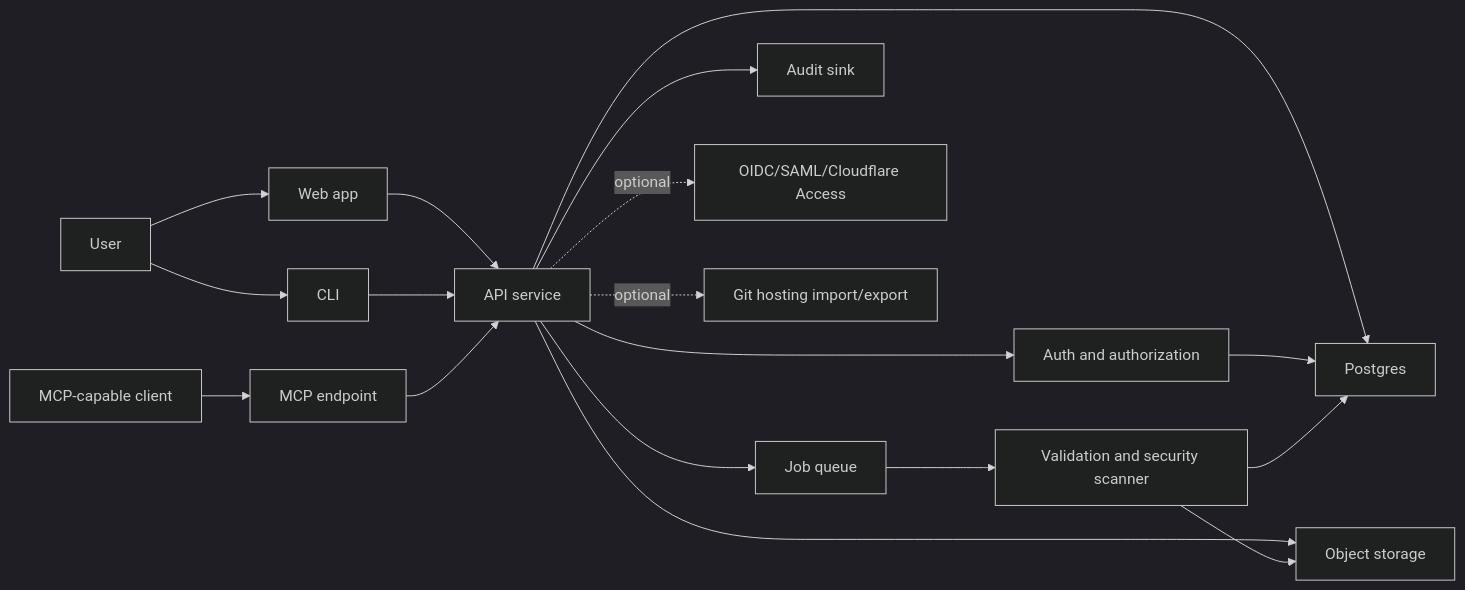
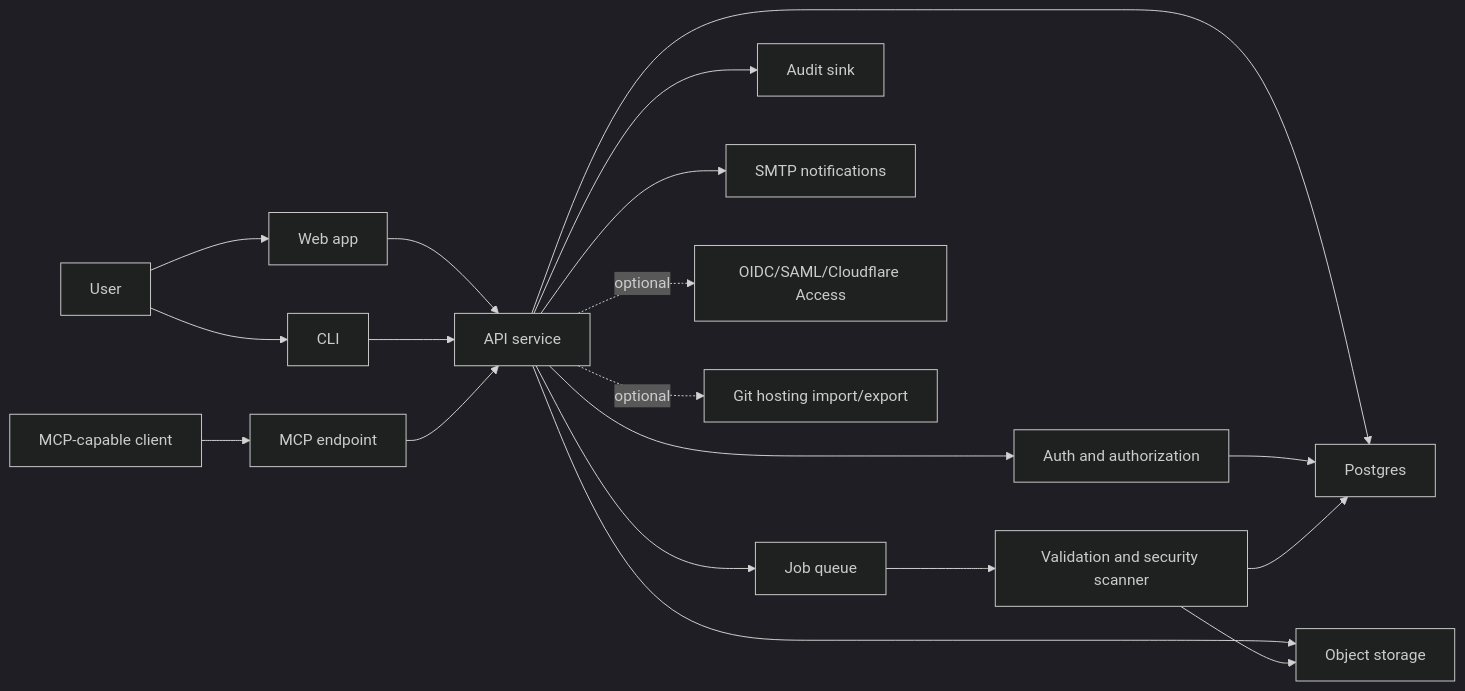
Before and after one commit to jremick/myskills: the first of 2 diagrams in docs/ARCHITECTURE.md, drawn with Mermaid (dark theme). The commit also changed other lines of this file and 15 other files, not shown here.

````diff
--- a/docs/ARCHITECTURE.md
+++ b/docs/ARCHITECTURE.md
@@ -14,24 +14,25 @@
 ```mermaid
 flowchart LR
   User["User"] --> Web["Web app"]
   User --> CLI["CLI"]
   Agent["MCP-capable client"] --> MCP["MCP endpoint"]
 
   Web --> API["API service"]
   CLI --> API
   MCP --> API
 
   API --> Auth["Auth and authorization"]
   API --> DB["Postgres"]
   API --> Objects["Object storage"]
   API --> Queue["Job queue"]
   API --> Audit["Audit sink"]
+  API --> Email["SMTP notifications"]
 
   Auth --> DB
   Queue --> Scanner["Validation and security scanner"]
   Scanner --> DB
   Scanner --> Objects
 
   API -. optional .-> Providers["OIDC/SAML/Cloudflare Access"]
   API -. optional .-> Git["Git hosting import/export"]
 ```
````
